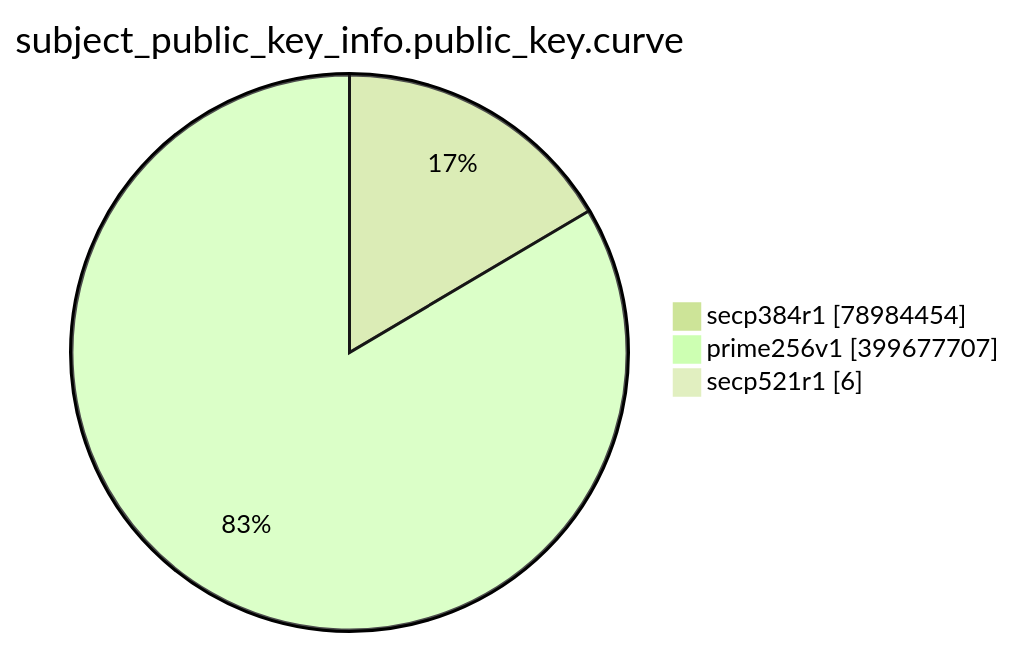
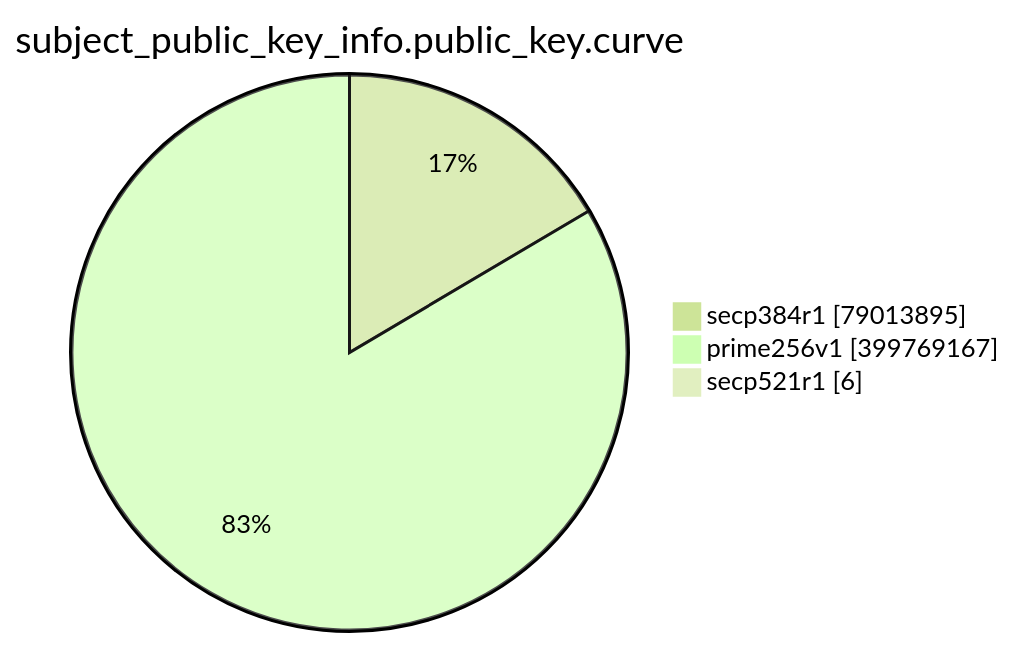
Before and after one commit to christiankrug/ctmonitor_visualization: the eighth of 15 diagrams in TOTAL/README.md, drawn with Mermaid (forest theme). The commit also changed other lines of this file, not shown here.

````diff
--- a/TOTAL/README.md
+++ b/TOTAL/README.md
@@ -3095,7 +3095,7 @@
 ```mermaid
 pie showData
 title subject_public_key_info.public_key.curve
-"secp384r1" :78984454
-"prime256v1" :399677707
+"secp384r1" :79013895
+"prime256v1" :399769167
 "secp521r1" :6
 ```
````
